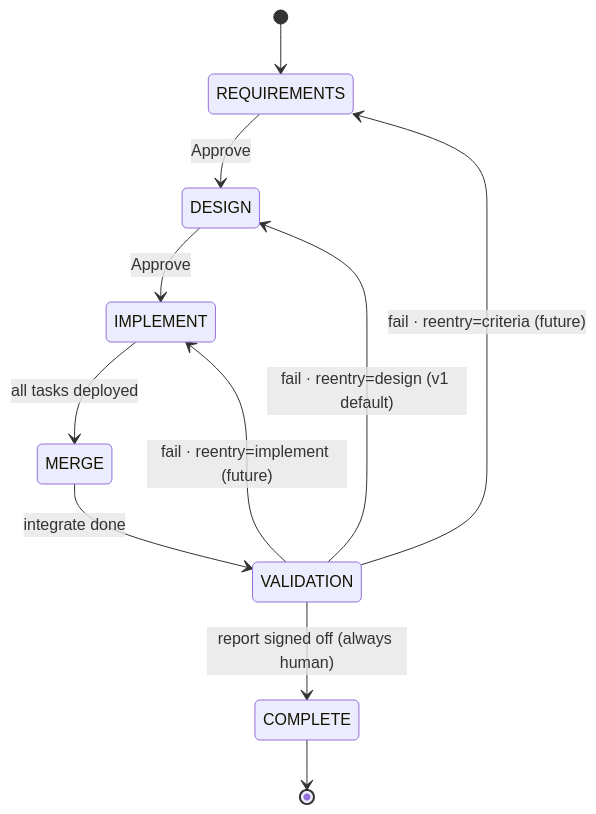
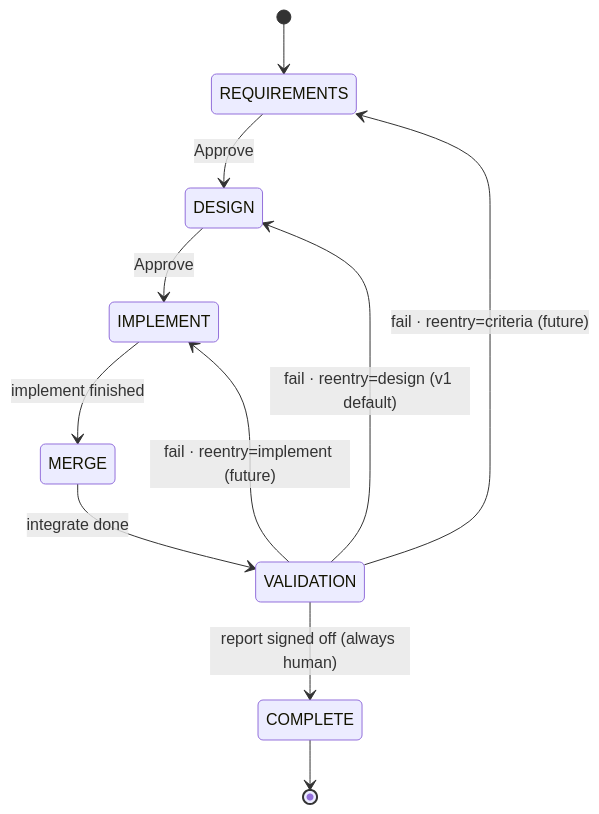
The first of 2 diagrams in docs/design/validation/00-overview.md (KCSAbeywickrama/labs-agentic-engineer), drawn with Mermaid before and after one commit. The commit also changed other lines of this file, not shown here.

Commit message:
fix(validation): clarify implementation to merge transition and update deferred discussion points

````diff
--- a/docs/design/validation/00-overview.md
+++ b/docs/design/validation/00-overview.md
@@ -93,13 +93,13 @@
 ```mermaid
 stateDiagram-v2
   [*] --> REQUIREMENTS
   REQUIREMENTS --> DESIGN: Approve
   DESIGN --> IMPLEMENT: Approve
-  IMPLEMENT --> MERGE: all tasks deployed
+  IMPLEMENT --> MERGE: implement finished
   MERGE --> VALIDATION: integrate done
   VALIDATION --> DESIGN: fail · reentry=design (v1 default)
   VALIDATION --> IMPLEMENT: fail · reentry=implement (future)
   VALIDATION --> REQUIREMENTS: fail · reentry=criteria (future)
   VALIDATION --> COMPLETE: report signed off (always human)
   COMPLETE --> [*]
 ```
````
